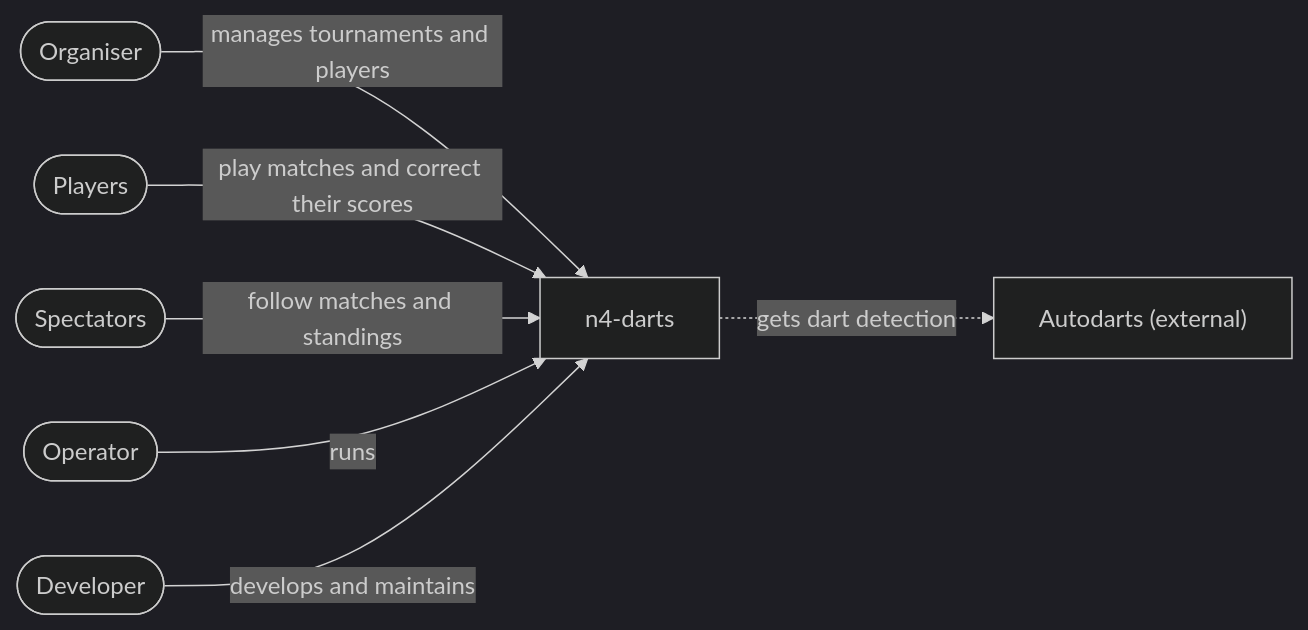
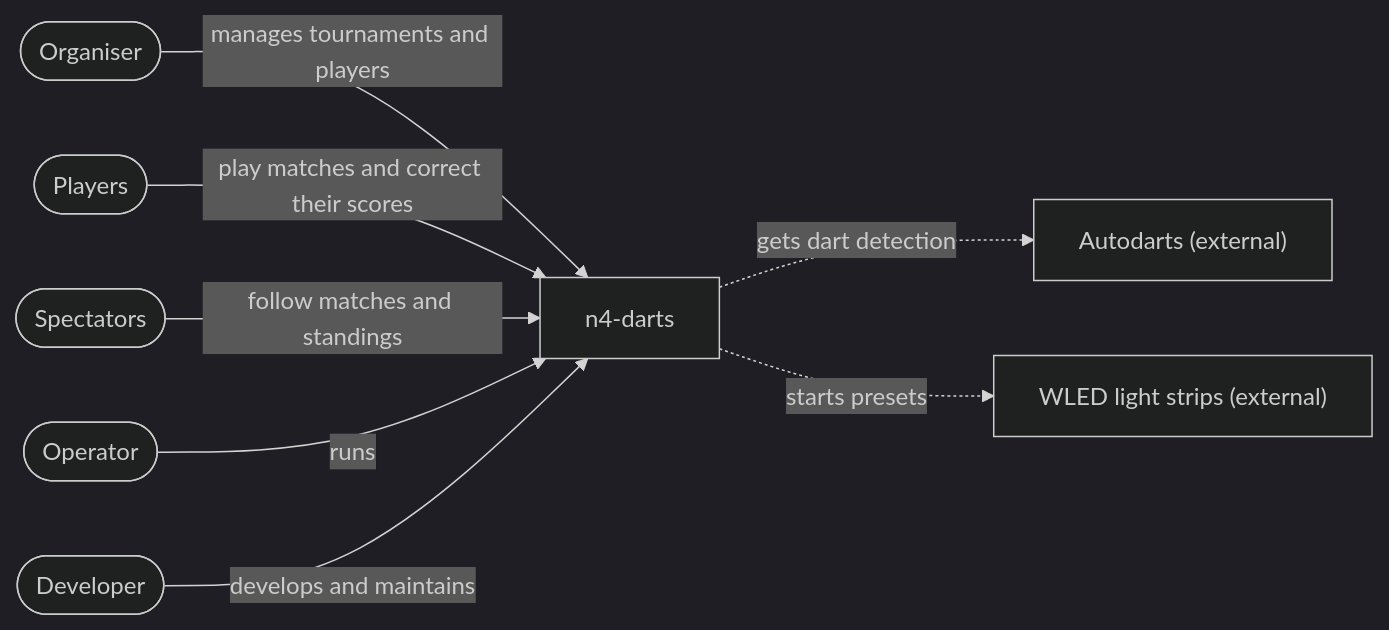
Before and after one commit to sverbach/n4-darts: the first of 2 diagrams in docs/architecture/03-context-and-scope.md, drawn with Mermaid (dark theme). The commit also changed other lines of this file and 10 other files, not shown here.

Commit message:
Lights in the docs: README, ADR 0009, architecture, ui-pages, glossary (wled-lights 05)

````diff
--- a/docs/architecture/03-context-and-scope.md
+++ b/docs/architecture/03-context-and-scope.md
@@ -7,18 +7,20 @@
 ```mermaid
 flowchart LR
     organiser(["Organiser"])
     players(["Players"])
     spectators(["Spectators"])
     operator(["Operator"])
     developer(["Developer"])
 
     n4["n4-darts"]
     vendor["Autodarts (external)"]
 
     organiser -- "manages tournaments and players" --> n4
     players -- "play matches and correct their scores" --> n4
     spectators -- "follow matches and standings" --> n4
     operator -- "runs" --> n4
     developer -- "develops and maintains" --> n4
     n4 -. "gets dart detection" .-> vendor
+    lights["WLED light strips (external)"]
+    n4 -. "starts presets" .-> lights
 ```
````
